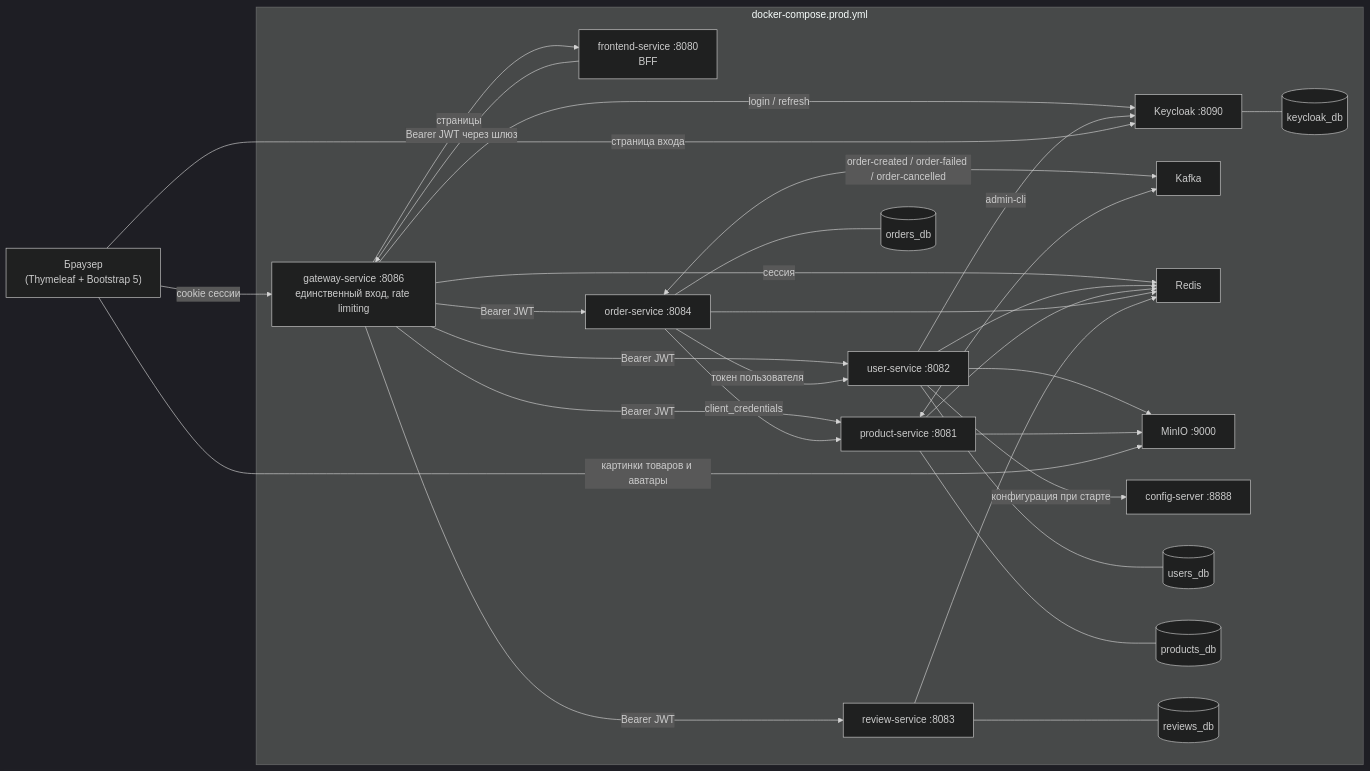
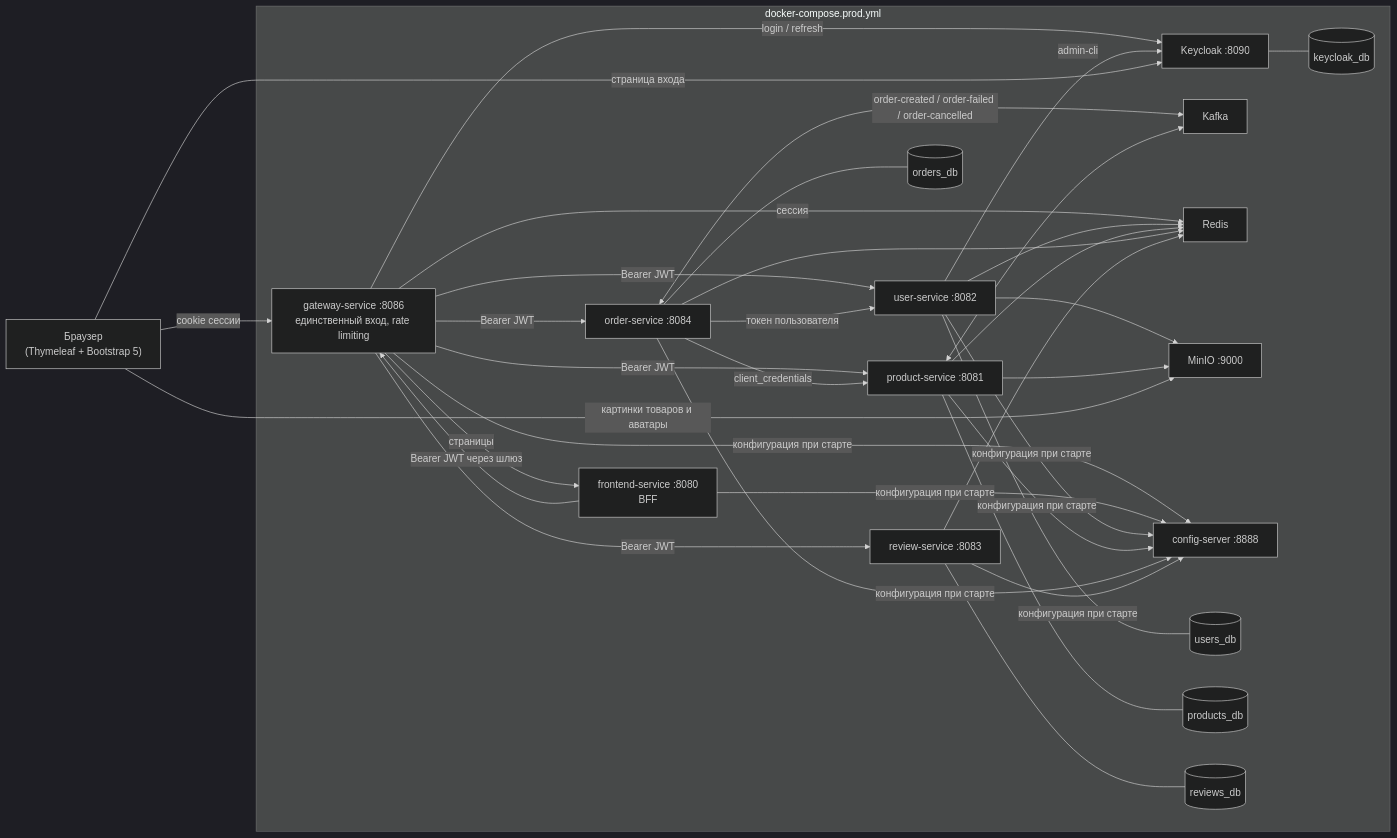
Before and after one commit to cvvexx/Merchly: the first of 3 diagrams in README.md, drawn with Mermaid (dark theme). The commit also changed other lines of this file, not shown here.

````diff
--- a/README.md
+++ b/README.md
@@ -42,54 +42,59 @@
 ```mermaid
 flowchart LR
     Browser["Браузер<br/>(Thymeleaf + Bootstrap 5)"] -->|"cookie сессии"| GW
 
     subgraph Compose["docker-compose.prod.yml"]
         GW["gateway-service :8086<br/>единственный вход, rate limiting"]
         FE["frontend-service :8080<br/>BFF"]
         US["user-service :8082"]
         PS["product-service :8081"]
         OS["order-service :8084"]
         RS["review-service :8083"]
         KC["Keycloak :8090"]
         KAFKA["Kafka"]
         REDIS["Redis"]
         MINIO["MinIO :9000"]
 
         GW -->|"страницы"| FE
         GW -->|"Bearer JWT"| US
         GW -->|"Bearer JWT"| PS
         GW -->|"Bearer JWT"| OS
         GW -->|"Bearer JWT"| RS
         GW -->|"сессия"| REDIS
         GW -->|"login / refresh"| KC
 
         FE -->|"Bearer JWT через шлюз"| GW
 
         OS -->|"client_credentials"| PS
         OS -->|"токен пользователя"| US
         OS <-->|"order-created / order-failed / order-cancelled"| KAFKA
         PS <--> KAFKA
 
         US --> REDIS
         PS --> REDIS
         OS --> REDIS
         RS --> REDIS
 
         US --> MINIO
         PS --> MINIO
 
         US -->|"admin-cli"| KC
 
         CS["config-server :8888"]
+        GW -->|"конфигурация при старте"| CS
+        FE -->|"конфигурация при старте"| CS
         US -->|"конфигурация при старте"| CS
+        PS -->|"конфигурация при старте"| CS
+        OS -->|"конфигурация при старте"| CS
+        RS -->|"конфигурация при старте"| CS
 
         US --- USDB[("users_db")]
         PS --- PSDB[("products_db")]
         OS --- OSDB[("orders_db")]
         RS --- RSDB[("reviews_db")]
         KC --- KCDB[("keycloak_db")]
     end
 
     Browser -->|"картинки товаров и аватары"| MINIO
     Browser -->|"страница входа"| KC
 ```
````
